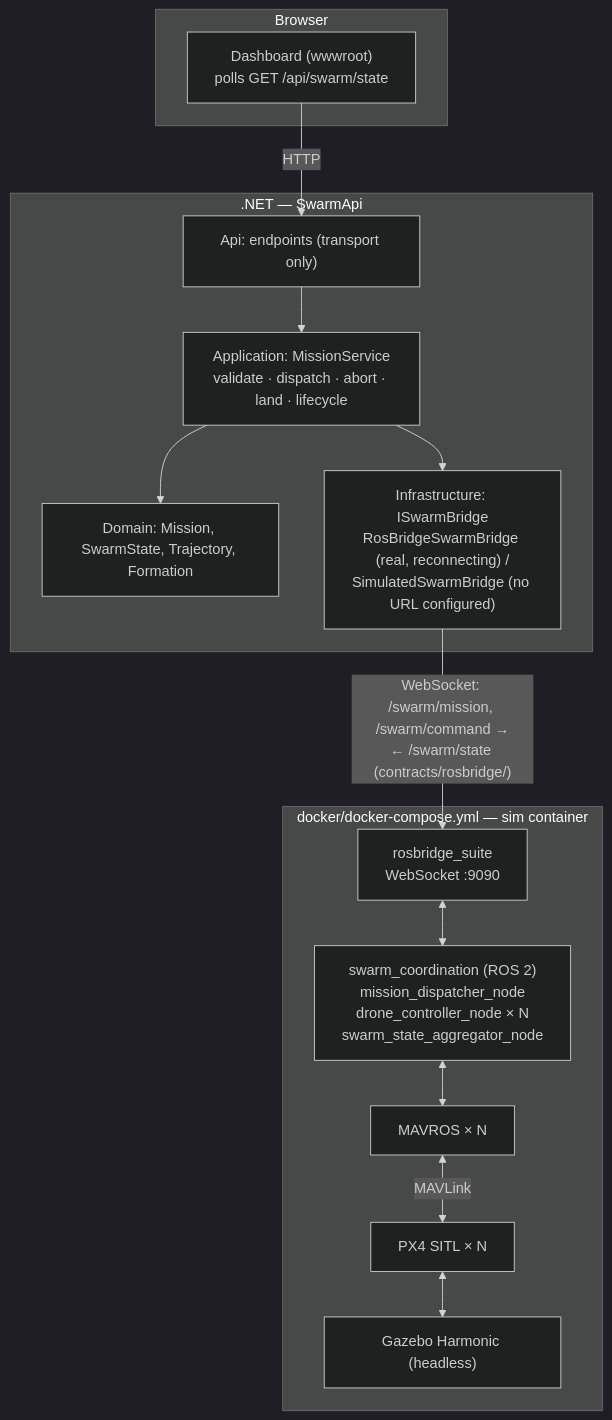
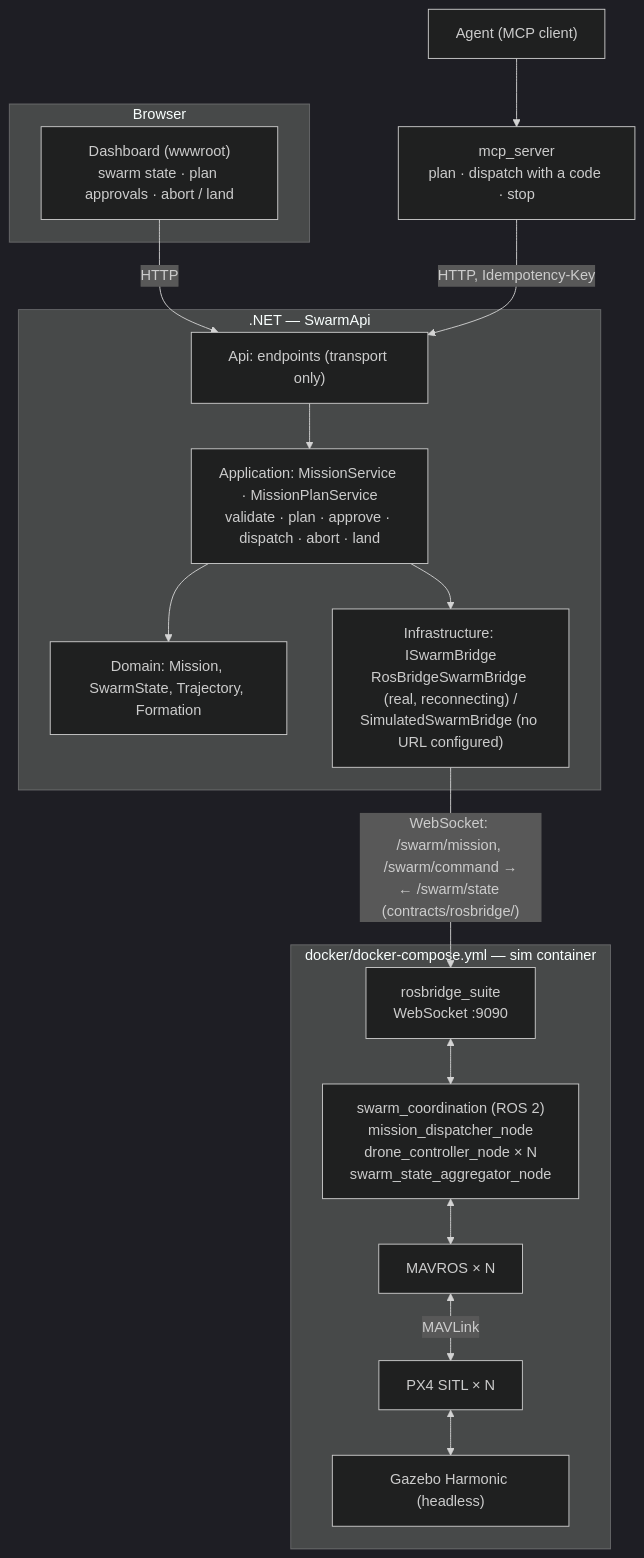
One commit to konradcinkusz/swarmsim changed the diagram in README.md. Above: the diagram before and after it, drawn with Mermaid (dark theme). The commit also changed other lines of this file and 7 other files, not shown here.

````diff
--- a/README.md
+++ b/README.md
@@ -24,30 +25,33 @@
 ```mermaid
 flowchart TB
     subgraph Dashboard["Browser"]
-        UI["Dashboard (wwwroot)<br/>polls GET /api/swarm/state"]
+        UI["Dashboard (wwwroot)<br/>swarm state · plan approvals · abort / land"]
     end
+
+    Agent["Agent (MCP client)"] --> MCP["mcp_server<br/>plan · dispatch with a code · stop"]
 
     subgraph Api[".NET — SwarmApi"]
         Ep["Api: endpoints (transport only)"]
-        App["Application: MissionService<br/>validate · dispatch · abort · land · lifecycle"]
+        App["Application: MissionService · MissionPlanService<br/>validate · plan · approve · dispatch · abort · land"]
         Dom["Domain: Mission, SwarmState, Trajectory, Formation"]
         Bridge["Infrastructure: ISwarmBridge<br/>RosBridgeSwarmBridge (real, reconnecting) /<br/>SimulatedSwarmBridge (no URL configured)"]
         Ep --> App --> Bridge
         App --> Dom
     end
 
     subgraph Sim["docker/docker-compose.yml — sim container"]
         RB["rosbridge_suite<br/>WebSocket :9090"]
         Coord["swarm_coordination (ROS 2)<br/>mission_dispatcher_node<br/>drone_controller_node × N<br/>swarm_state_aggregator_node"]
         MR["MAVROS × N"]
         PX4["PX4 SITL × N"]
         GZ["Gazebo Harmonic (headless)"]
         RB <--> Coord
         Coord <--> MR
         MR <-->|MAVLink| PX4
         PX4 <--> GZ
     end
 
     UI -->|HTTP| Ep
+    MCP -->|"HTTP, Idempotency-Key"| Ep
     Bridge -->|"WebSocket: /swarm/mission, /swarm/command →<br/>← /swarm/state (contracts/rosbridge/)"| RB
 ```
````
